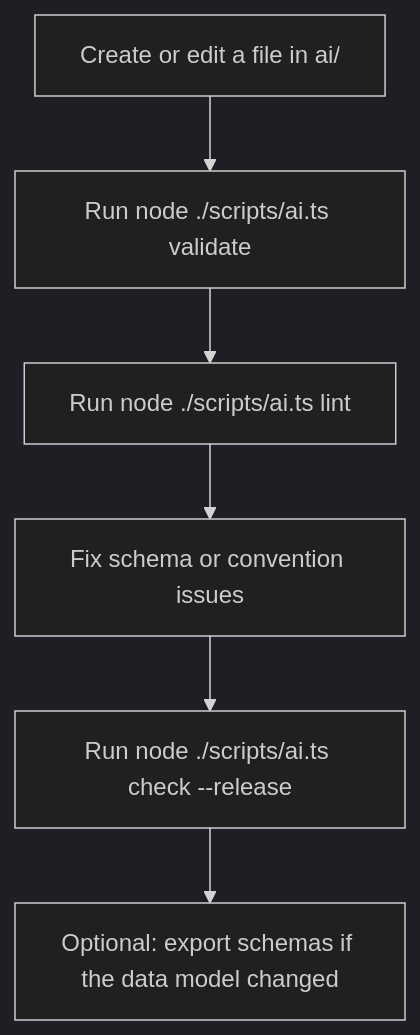
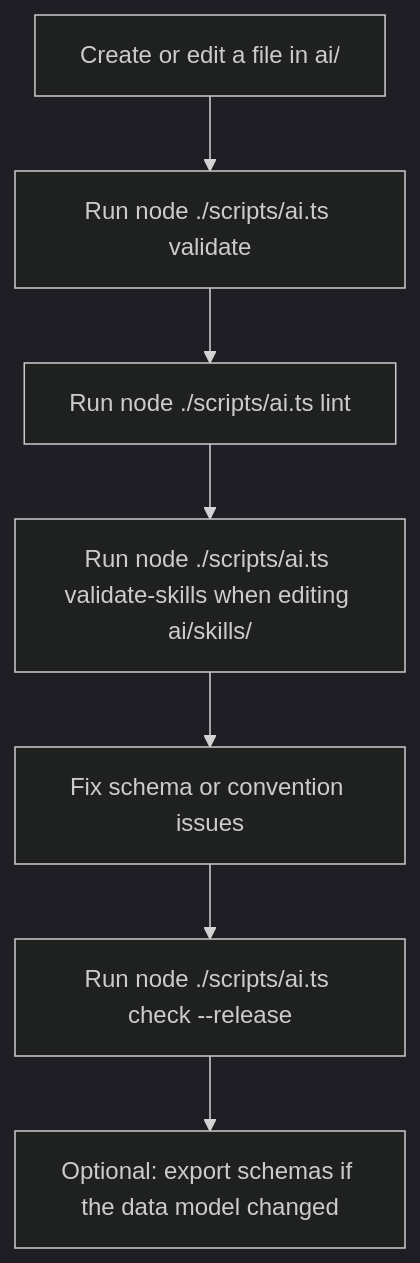
Before and after one commit to davidsneighbour/ai: the second of 2 diagrams in ai/docs/repository-structure-and-features.md, drawn with Mermaid (dark theme). The commit also changed other lines of this file and 5 other files, not shown here.

````diff
--- a/ai/docs/repository-structure-and-features.md
+++ b/ai/docs/repository-structure-and-features.md
@@ -390,8 +407,9 @@
 ```mermaid
 flowchart TD
     A[Create or edit a file in ai/] --> B[Run node ./scripts/ai.ts validate]
     B --> C[Run node ./scripts/ai.ts lint]
-    C --> D[Fix schema or convention issues]
-    D --> E[Run node ./scripts/ai.ts check --release]
-    E --> F[Optional: export schemas if the data model changed]
+    C --> D[Run node ./scripts/ai.ts validate-skills when editing ai/skills/]
+    D --> E[Fix schema or convention issues]
+    E --> F[Run node ./scripts/ai.ts check --release]
+    F --> G[Optional: export schemas if the data model changed]
 ```
````
